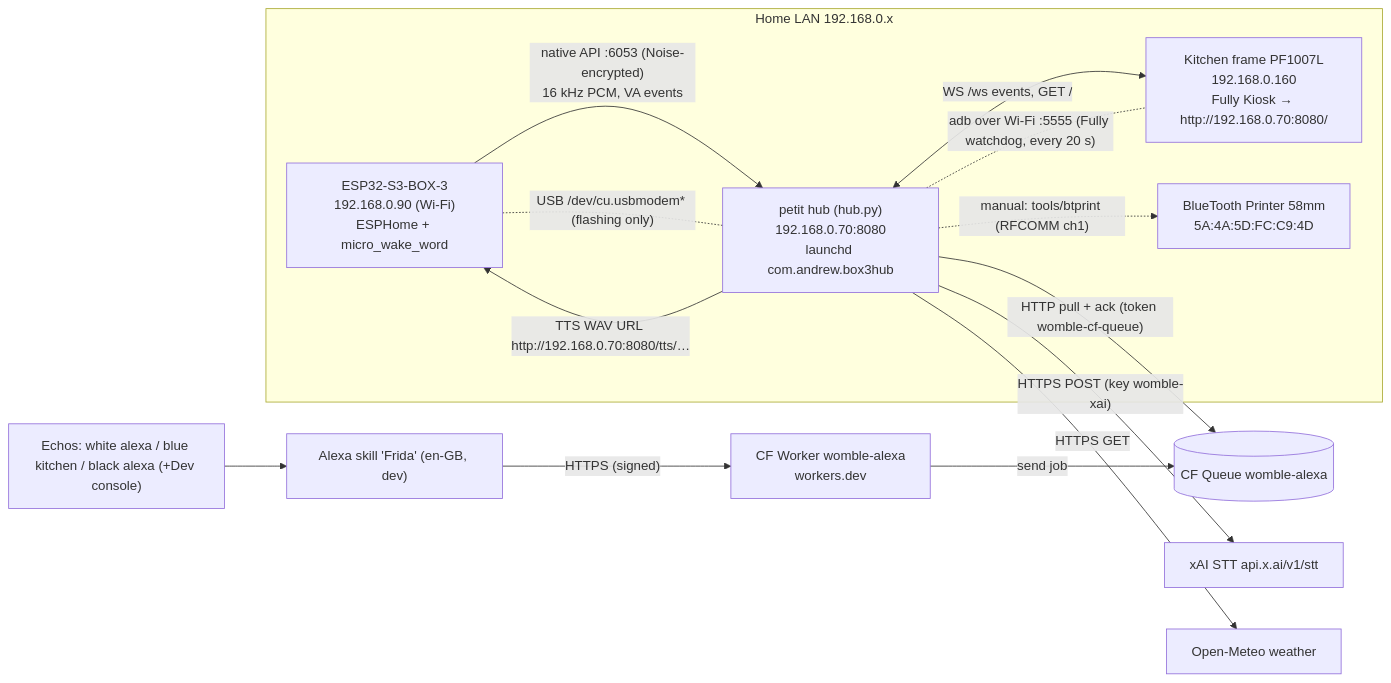
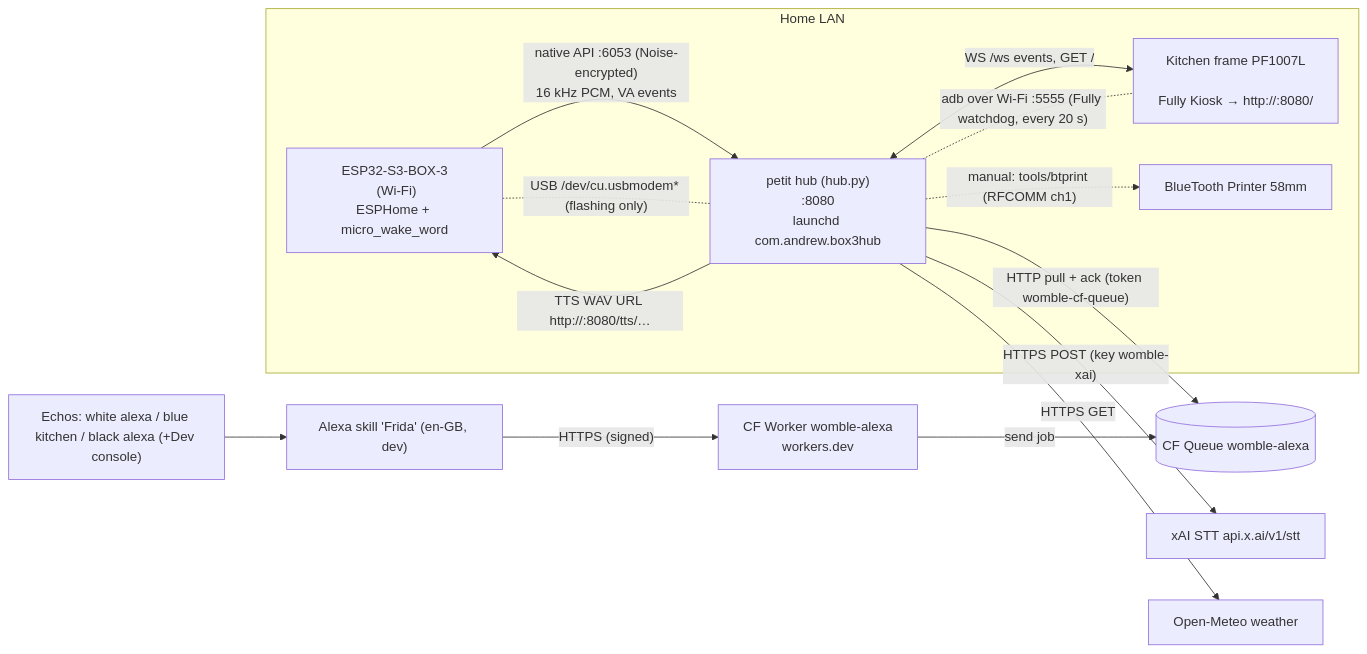
The diagram in docs/WOMBLE-SPEC.md (wttp3/womble), drawn with Mermaid before and after one commit. The commit also changed other lines of this file and 21 other files, not shown here.

````diff
--- a/docs/WOMBLE-SPEC.md
+++ b/docs/WOMBLE-SPEC.md
@@ -21,25 +21,25 @@
 ```mermaid
 flowchart LR
-  subgraph Home LAN 192.168.0.x
-    BOX3["ESP32-S3-BOX-3\n192.168.0.90 (Wi-Fi)\nESPHome + micro_wake_word"]
-    HUB["petit hub (hub.py)\n192.168.0.70:8080\nlaunchd com.andrew.box3hub"]
-    FRAME["Kitchen frame PF1007L\n192.168.0.160\nFully Kiosk → http://192.168.0.70:8080/"]
-    PRN["BlueTooth Printer 58mm\n5A:4A:5D:FC:C9:4D"]
+  subgraph Home LAN
+    BOX3["ESP32-S3-BOX-3\n<box3-ip> (Wi-Fi)\nESPHome + micro_wake_word"]
+    HUB["petit hub (hub.py)\n<hub-ip>:8080\nlaunchd com.andrew.box3hub"]
+    FRAME["Kitchen frame PF1007L\n<frame-ip>\nFully Kiosk → http://<hub-ip>:8080/"]
+    PRN["BlueTooth Printer 58mm\n<printer-mac>"]
   end
   ECHO["Echos: white alexa / blue kitchen / black alexa (+Dev console)"]
   ASK["Alexa skill 'Frida' (en-GB, dev)"]
   W["CF Worker womble-alexa\nworkers.dev"]
   Q[("CF Queue womble-alexa")]
   XAI["xAI STT api.x.ai/v1/stt"]
   OM["Open-Meteo weather"]
   BOX3 -- "native API :6053 (Noise-encrypted)\n16 kHz PCM, VA events" --> HUB
-  HUB -- "TTS WAV URL http://192.168.0.70:8080/tts/…" --> BOX3
+  HUB -- "TTS WAV URL http://<hub-ip>:8080/tts/…" --> BOX3
   HUB <-- "WS /ws events, GET /" --> FRAME
   HUB -- "HTTPS POST (key womble-xai)" --> XAI
   HUB -- "HTTPS GET" --> OM
   ECHO --> ASK -- "HTTPS (signed)" --> W -- "send job" --> Q
   HUB -- "HTTP pull + ack (token womble-cf-queue)" --> Q
   HUB -. "manual: tools/btprint (RFCOMM ch1)" .-> PRN
   HUB -. "adb over Wi-Fi :5555 (Fully watchdog, every 20 s)" .- FRAME
   BOX3 -. "USB /dev/cu.usbmodem* (flashing only)" .- HUB
 ```
````
